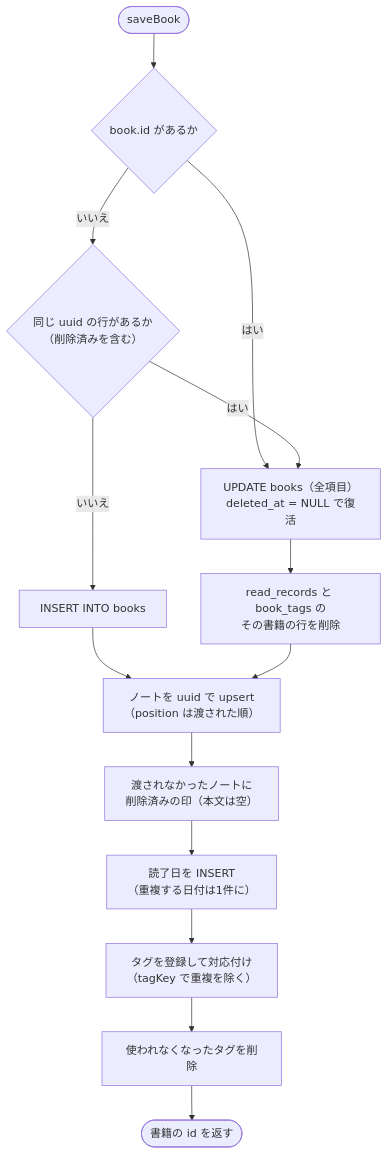
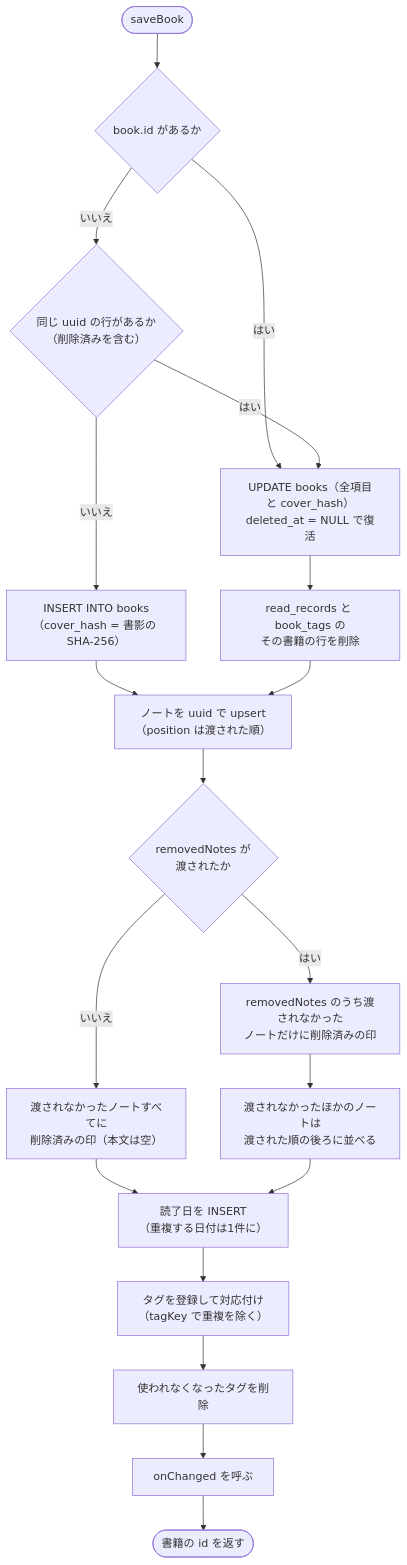
One commit to colophonbooks/colophon changed the eighth of 13 diagrams in docs/design/detail-design.ja.md. Above: the diagram before and after it, drawn with Mermaid. The commit also changed other lines of this file and 7 other files, not shown here.

````diff
--- a/docs/design/detail-design.ja.md
+++ b/docs/design/detail-design.ja.md
@@ -736,16 +842,21 @@
 ```mermaid
 flowchart TD
     start([saveBook]) --> id{"book.id があるか"}
     id -- はい --> upd
     id -- いいえ --> byUuid{"同じ uuid の行があるか<br/>（削除済みを含む）"}
-    byUuid -- いいえ --> ins["INSERT INTO books"]
-    byUuid -- はい --> upd["UPDATE books（全項目）<br/>deleted_at = NULL で復活"]
+    byUuid -- いいえ --> ins["INSERT INTO books<br/>（cover_hash = 書影の SHA-256）"]
+    byUuid -- はい --> upd["UPDATE books（全項目と cover_hash）<br/>deleted_at = NULL で復活"]
     upd --> clear["read_records と book_tags の<br/>その書籍の行を削除"]
     ins --> notes
     clear --> notes["ノートを uuid で upsert<br/>（position は渡された順）"]
-    notes --> tomb["渡されなかったノートに<br/>削除済みの印（本文は空）"]
-    tomb --> rr["読了日を INSERT<br/>（重複する日付は1件に）"]
+    notes --> rm{"removedNotes が<br/>渡されたか"}
+    rm -- いいえ --> tomb["渡されなかったノートすべてに<br/>削除済みの印（本文は空）"]
+    rm -- はい --> tomb2["removedNotes のうち渡されなかった<br/>ノートだけに削除済みの印"]
+    tomb2 --> order["渡されなかったほかのノートは<br/>渡された順の後ろに並べる"]
+    tomb --> rr
+    order --> rr["読了日を INSERT<br/>（重複する日付は1件に）"]
     rr --> tags["タグを登録して対応付け<br/>（tagKey で重複を除く）"]
     tags --> unused["使われなくなったタグを削除"]
-    unused --> done([書籍の id を返す])
+    unused --> changed["onChanged を呼ぶ"]
+    changed --> done([書籍の id を返す])
 ```
````
